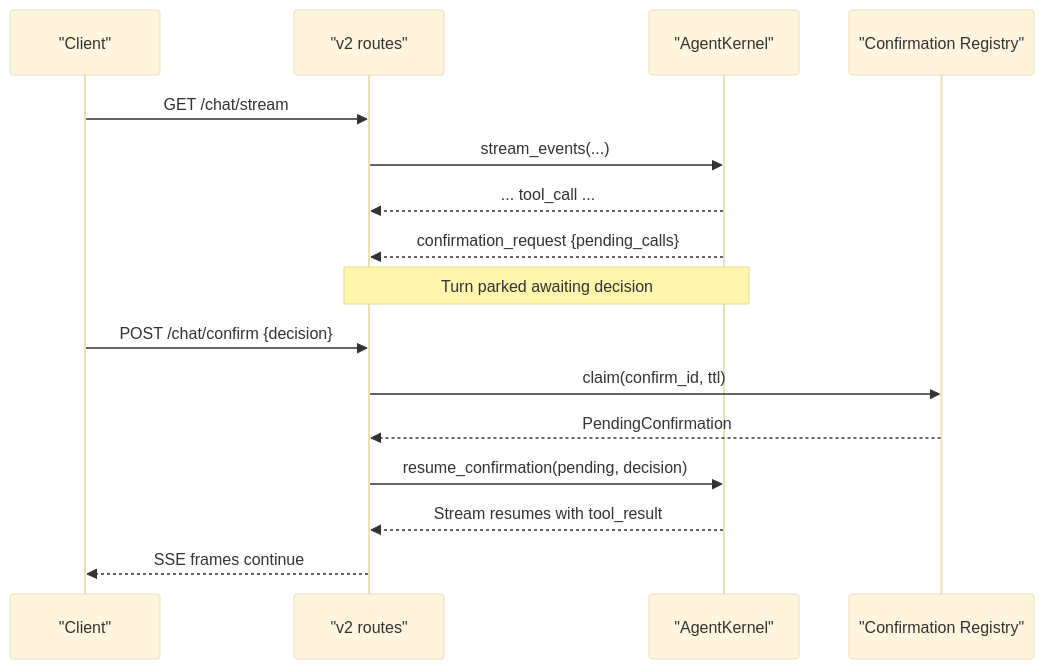
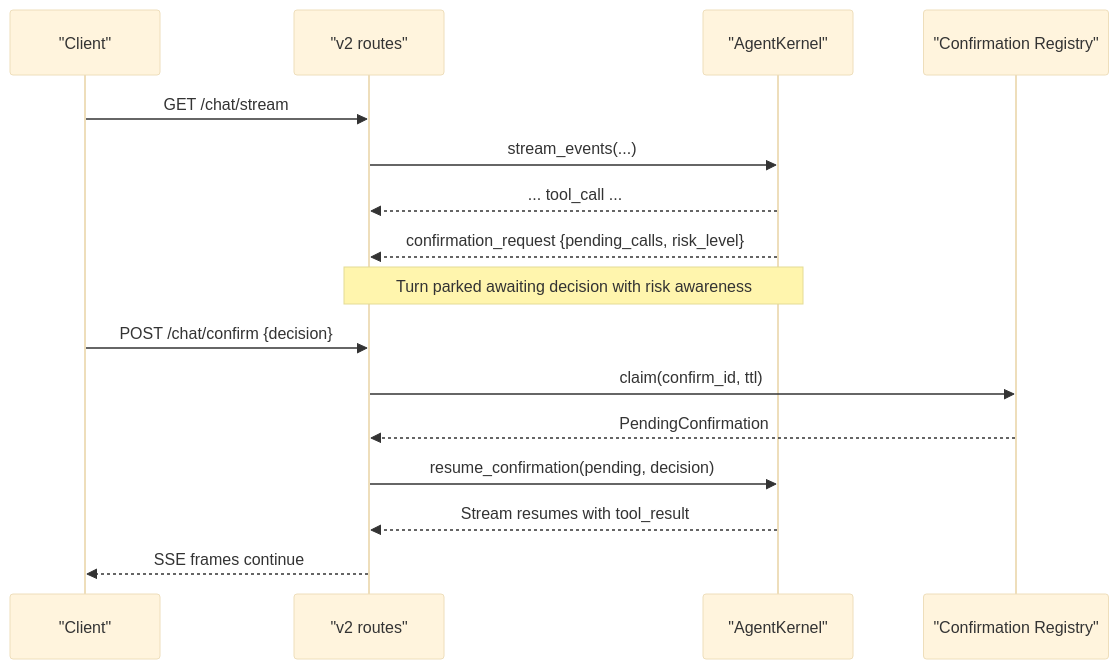
Before and after one commit to alainlei/luban-aiops: the ninth of 11 diagrams in .qoder/repowiki/en/content/Core Services/Agent Platform/Agent Platform.md, drawn with Mermaid (base theme). The commit also changed other lines of this file and 24 other files, not shown here.

````diff
--- a/.qoder/repowiki/en/content/Core Services/Agent Platform/Agent Platform.md
+++ b/.qoder/repowiki/en/content/Core Services/Agent Platform/Agent Platform.md
@@ -389,18 +391,18 @@
 ```mermaid
 sequenceDiagram
 participant Client as "Client"
 participant API as "v2 routes"
 participant Kernel as "AgentKernel"
 participant Reg as "Confirmation Registry"
 Client->>API : GET /chat/stream
 API->>Kernel : stream_events(...)
 Kernel-->>API : ... tool_call ...
-Kernel-->>API : confirmation_request {pending_calls}
-Note over Kernel,API : Turn parked awaiting decision
+Kernel-->>API : confirmation_request {pending_calls, risk_level}
+Note over Kernel,API : Turn parked awaiting decision with risk awareness
 Client->>API : POST /chat/confirm {decision}
 API->>Reg : claim(confirm_id, ttl)
 Reg-->>API : PendingConfirmation
 API->>Kernel : resume_confirmation(pending, decision)
 Kernel-->>API : Stream resumes with tool_result
 API-->>Client : SSE frames continue
 ```
````
